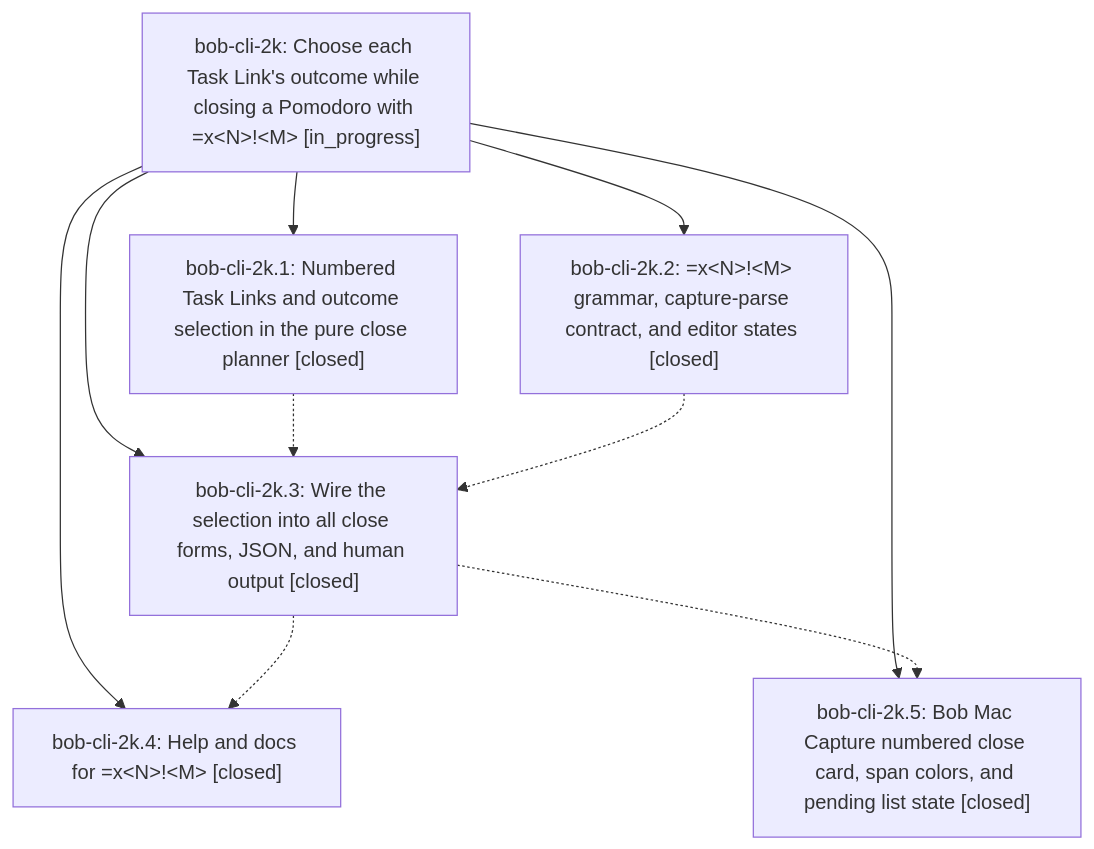
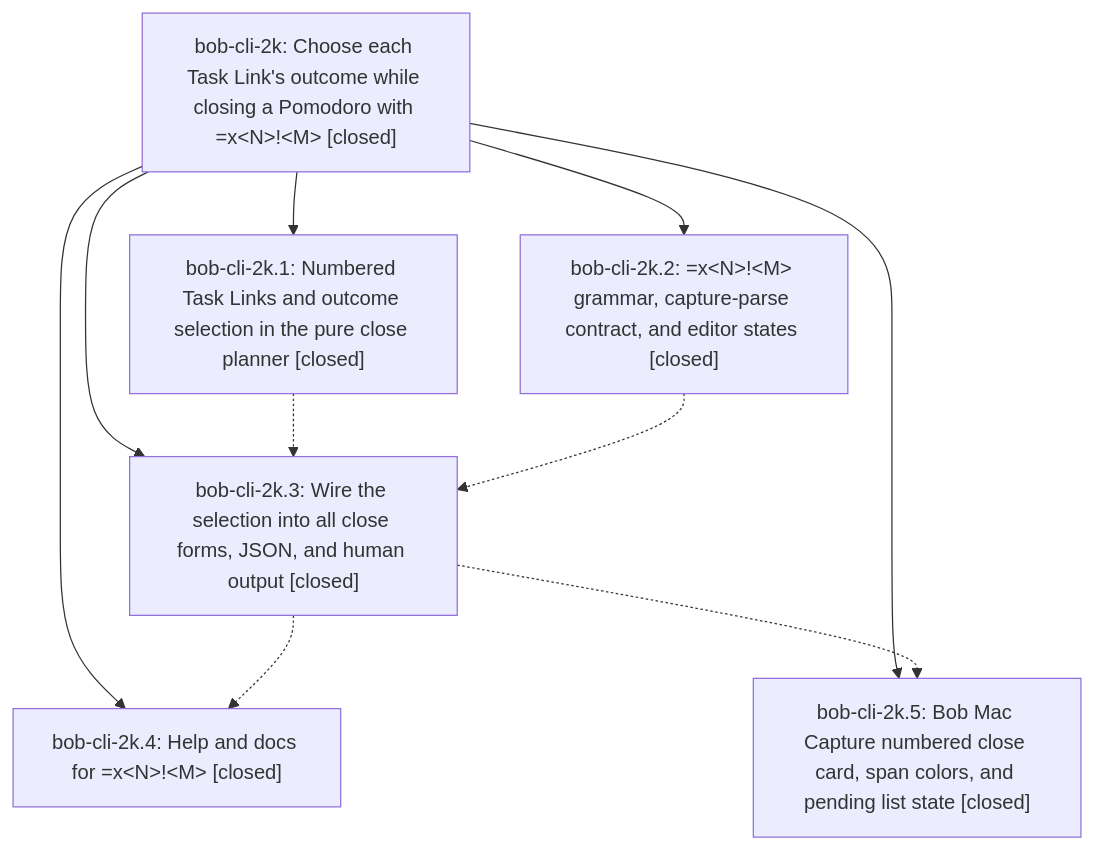
One commit to bobs-org/bob-cli--beads changed the diagram in pages/bob-cli-2k/README.md. Above: the diagram before and after it, drawn with Mermaid. The commit also changed other lines of this file, not shown here.

First line of the commit message:
chore(beads): sync bead state and pages for bob-cli-2k

````diff
--- a/pages/bob-cli-2k/README.md
+++ b/pages/bob-cli-2k/README.md
@@ -49,18 +51,18 @@
 ```mermaid
 flowchart TD
-    n0["bob-cli-2k: Choose each Task Link's outcome while closing a Pomodoro with =x&lt;N&gt;!&lt;M&gt; [in_progress]"]
+    n0["bob-cli-2k: Choose each Task Link's outcome while closing a Pomodoro with =x&lt;N&gt;!&lt;M&gt; [closed]"]
     n1["bob-cli-2k.1: Numbered Task Links and outcome selection in the pure close planner [closed]"]
     n2["bob-cli-2k.2: =x&lt;N&gt;!&lt;M&gt; grammar, capture-parse contract, and editor states [closed]"]
     n3["bob-cli-2k.3: Wire the selection into all close forms, JSON, and human output [closed]"]
     n4["bob-cli-2k.4: Help and docs for =x&lt;N&gt;!&lt;M&gt; [closed]"]
     n5["bob-cli-2k.5: Bob Mac Capture numbered close card, span colors, and pending list state [closed]"]
     n0 --> n1
     n0 --> n2
     n0 --> n3
     n0 --> n4
     n0 --> n5
     n1 -.-> n3
     n2 -.-> n3
     n3 -.-> n4
     n3 -.-> n5
 ```
````
